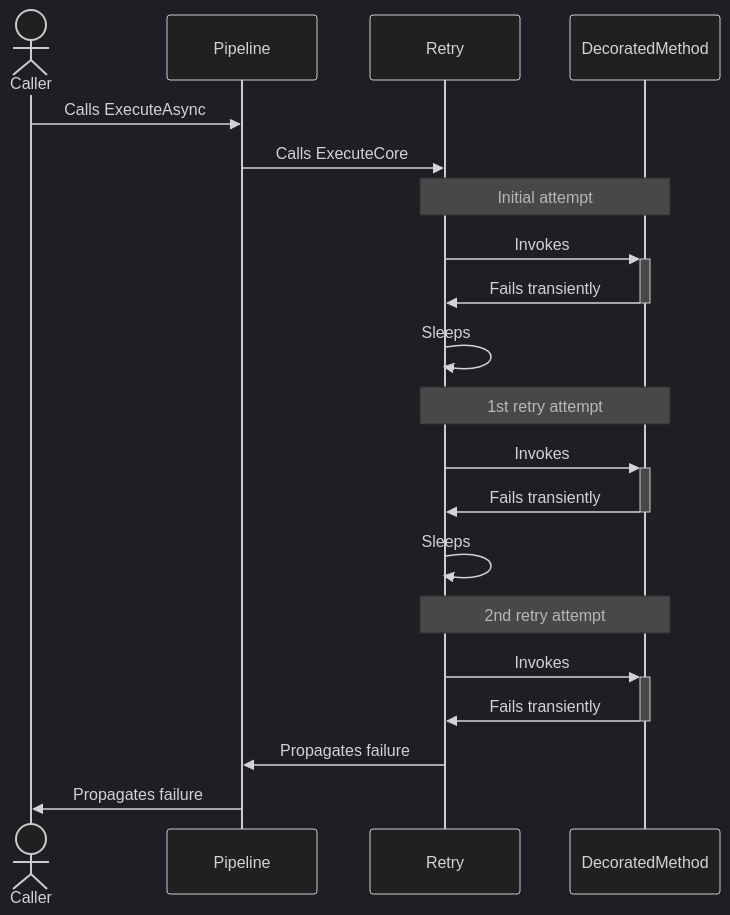
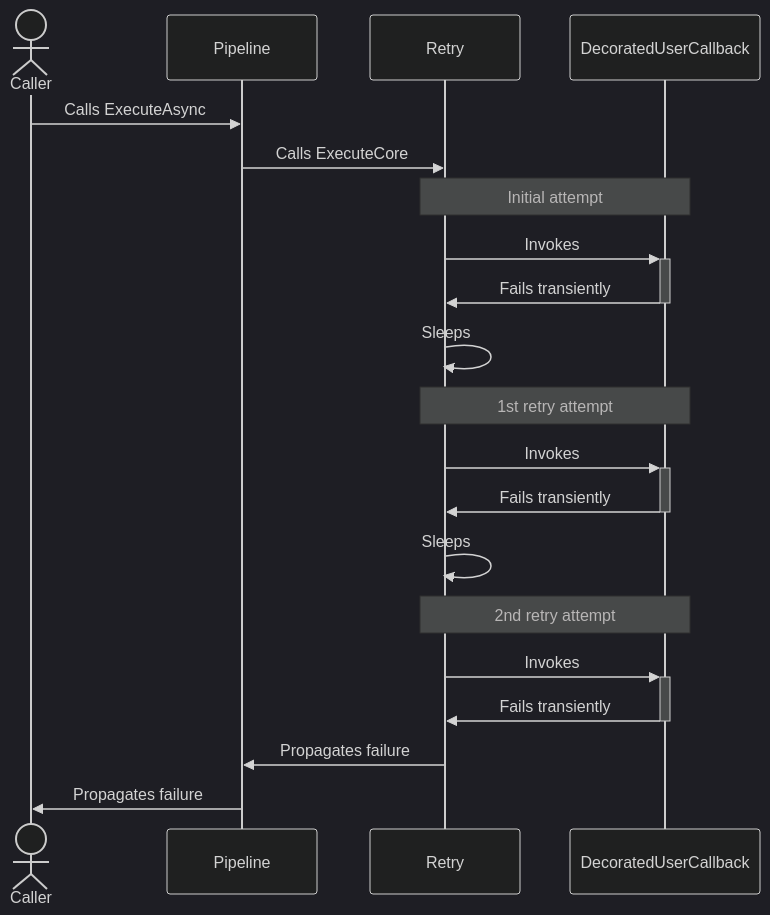
One commit to App-vNext/Polly changed the second of 2 diagrams in docs/strategies/retry.md. Above: the diagram before and after it, drawn with Mermaid. The commit also changed other lines of this file and 3 other files, not shown here.

Commit message:
Rename decorated method to decorated user callback

````diff
--- a/docs/strategies/retry.md
+++ b/docs/strategies/retry.md
@@ -136,24 +136,24 @@
 ```mermaid
 %%{init: {'theme':'dark'}}%%
 sequenceDiagram
     actor C as Caller
     participant P as Pipeline
     participant R as Retry
-    participant DM as DecoratedMethod
+    participant D as DecoratedUserCallback
 
     C->>P: Calls ExecuteAsync
     P->>R: Calls ExecuteCore
-    Note over R,DM: Initial attempt
-    R->>+DM: Invokes
-    DM->>-R: Fails transiently
+    Note over R,D: Initial attempt
+    R->>+D: Invokes
+    D->>-R: Fails transiently
     R->>R: Sleeps
-    Note over R,DM: 1st retry attempt
-    R->>+DM: Invokes
-    DM->>-R: Fails transiently
+    Note over R,D: 1st retry attempt
+    R->>+D: Invokes
+    D->>-R: Fails transiently
     R->>R: Sleeps
-    Note over R,DM: 2nd retry attempt
-    R->>+DM: Invokes
-    DM->>-R: Fails transiently
+    Note over R,D: 2nd retry attempt
+    R->>+D: Invokes
+    D->>-R: Fails transiently
     R->>P: Propagates failure
     P->>C: Propagates failure
 ```
````
